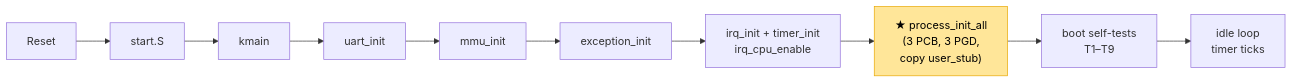
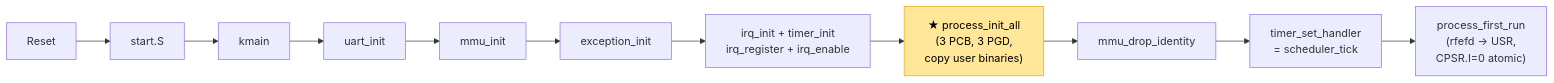
The first of 2 diagrams in docs/tech_docs/05_process.md (haidoan2098/RefixOS), drawn with Mermaid before and after one commit. The commit also changed other lines of this file and 7 other files, not shown here.

````diff
--- a/docs/tech_docs/05_process.md
+++ b/docs/tech_docs/05_process.md
@@ -56,14 +56,15 @@
 ```mermaid
 flowchart LR
     A[Reset] --> B[start.S]
     B --> C[kmain]
     C --> D[uart_init]
     D --> E[mmu_init]
     E --> F[exception_init]
-    F --> G[irq_init + timer_init<br/>irq_cpu_enable]
-    G --> H["★ process_init_all<br/>(3 PCB, 3 PGD,<br/>copy user_stub)"]
-    H --> I["boot self-tests<br/>T1–T9"]
-    I --> J[idle loop<br/>timer ticks]
+    F --> G[irq_init + timer_init<br/>irq_register + irq_enable]
+    G --> H["★ process_init_all<br/>(3 PCB, 3 PGD,<br/>copy user binaries)"]
+    H --> DI[mmu_drop_identity]
+    DI --> SH[timer_set_handler<br/>= scheduler_tick]
+    SH --> PFR["process_first_run<br/>(rfefd → USR,<br/>CPSR.I=0 atomic)"]
 
     style H fill:#ffe699,stroke:#e8a700,color:#000
 ```
````
